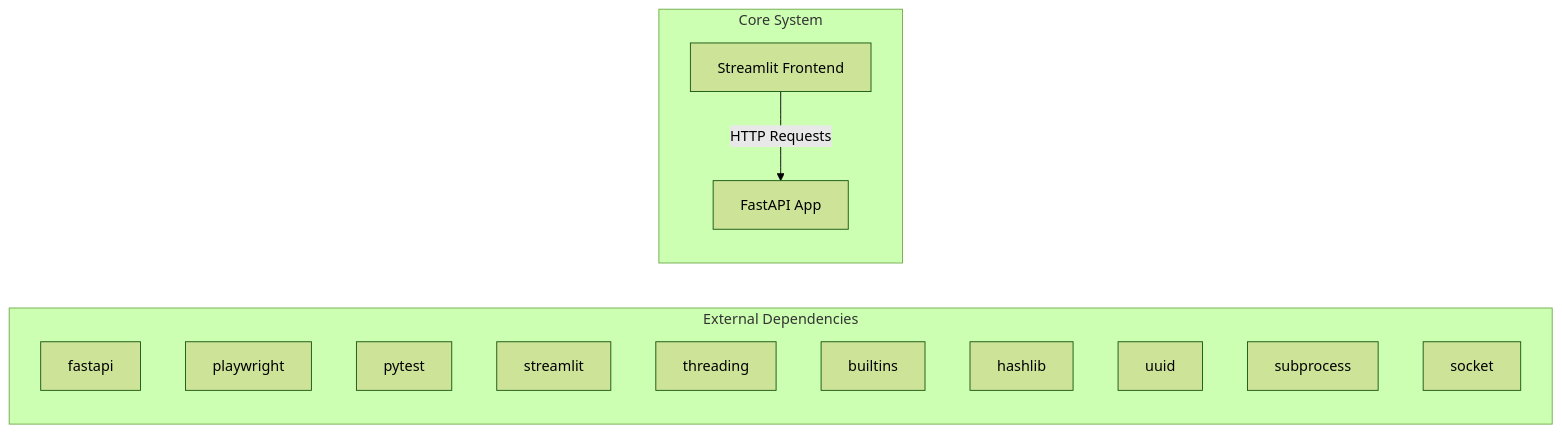
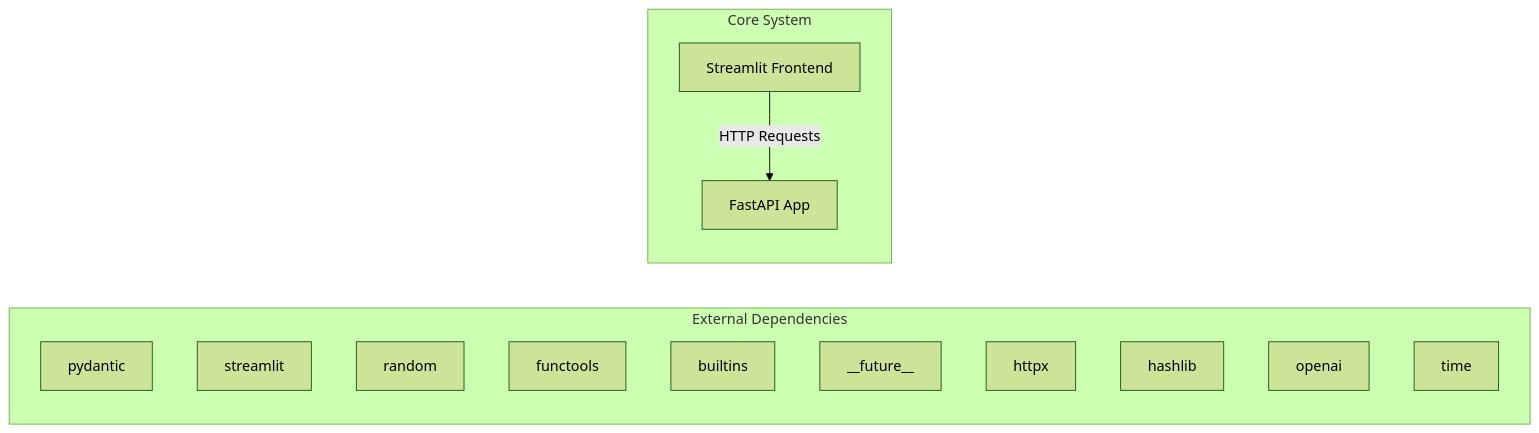
The first of 2 diagrams in docs/architecture.md (NITISH-R-G/rag-context-optimizer), drawn with Mermaid (forest theme) before and after one commit. The commit also changed 1 other file, not shown here.

Commit message:
docs: auto-update repository knowledge, architecture diagrams, and documentation

````diff
--- a/docs/architecture.md
+++ b/docs/architecture.md
@@ -7,20 +7,20 @@
 ```mermaid
 graph LR
     subgraph External Dependencies
-        E0["fastapi"]
-        E1["playwright"]
-        E2["pytest"]
-        E3["streamlit"]
-        E4["threading"]
-        E5["builtins"]
-        E6["hashlib"]
-        E7["uuid"]
-        E8["subprocess"]
-        E9["socket"]
+        E0["pydantic"]
+        E1["streamlit"]
+        E2["random"]
+        E3["functools"]
+        E4["builtins"]
+        E5["__future__"]
+        E6["httpx"]
+        E7["hashlib"]
+        E8["openai"]
+        E9["time"]
     end
     subgraph Core System
         API["FastAPI App"]
         UI["Streamlit Frontend"]
     end
     UI -->|HTTP Requests| API
 ```
````
